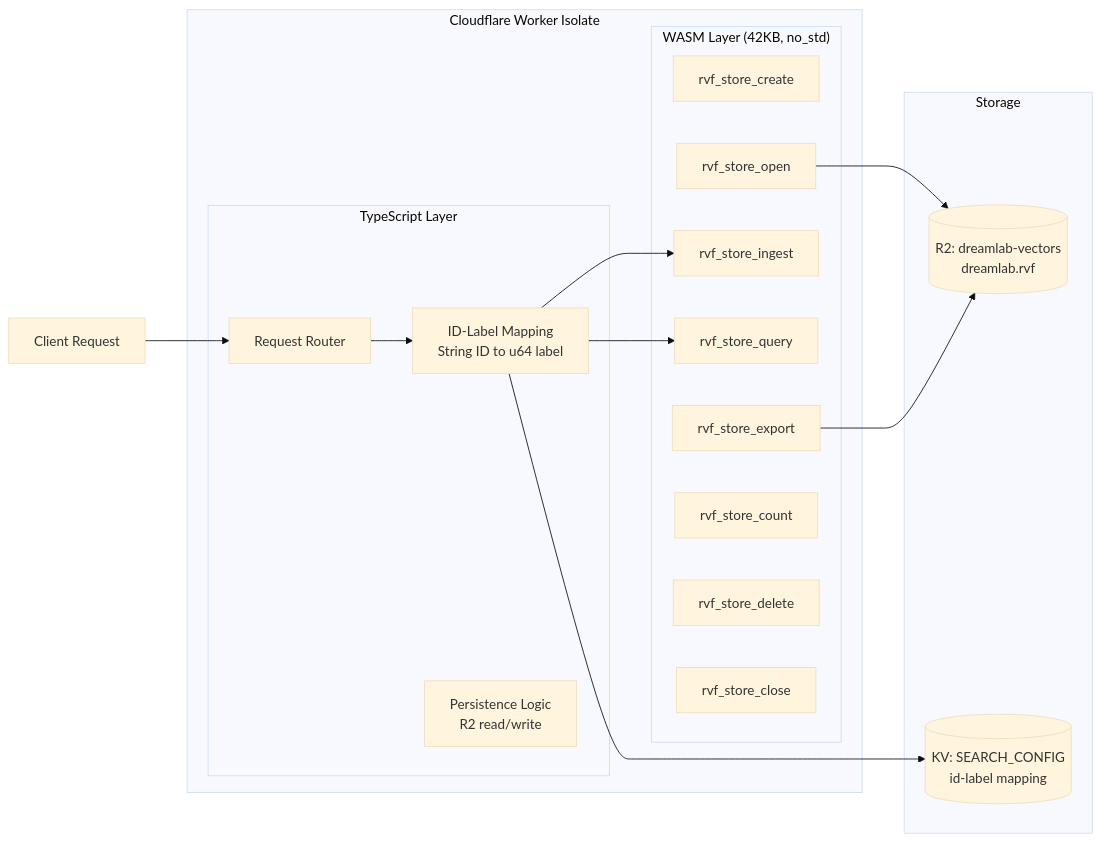
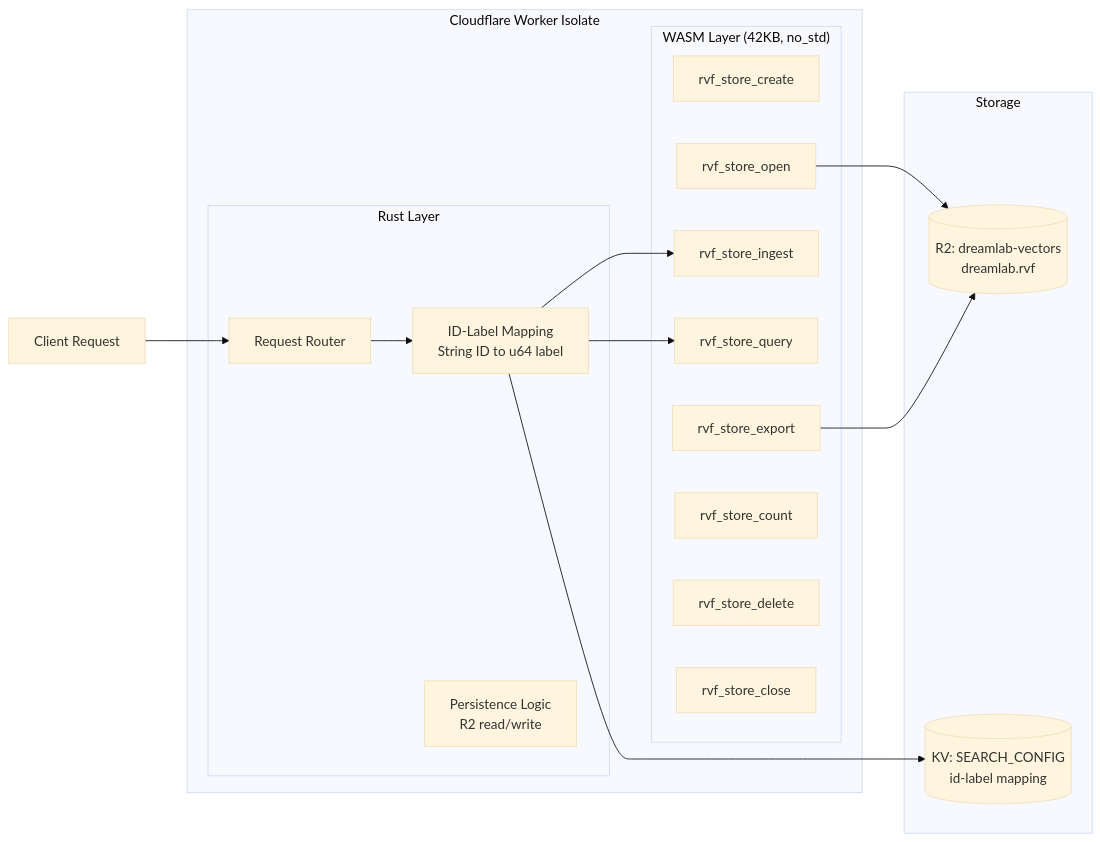
One commit to DreamLab-AI/dreamlab-ai-website changed the first of 2 diagrams in docs/api/SEARCH_API.md. Above: the diagram before and after it, drawn with Mermaid (base theme). The commit also changed other lines of this file and 32 other files, not shown here.

````diff
--- a/docs/api/SEARCH_API.md
+++ b/docs/api/SEARCH_API.md
@@ -32,34 +32,34 @@
 ```mermaid
 graph LR
     subgraph "Cloudflare Worker Isolate"
-        subgraph "TypeScript Layer"
+        subgraph "Rust Layer"
             ROUTER[Request Router]
             MAPPING[ID-Label Mapping<br/>String ID to u64 label]
             PERSIST[Persistence Logic<br/>R2 read/write]
         end
 
         subgraph "WASM Layer (42KB, no_std)"
             RVF_CREATE[rvf_store_create]
             RVF_OPEN[rvf_store_open]
             RVF_INGEST[rvf_store_ingest]
             RVF_QUERY[rvf_store_query]
             RVF_EXPORT[rvf_store_export]
             RVF_COUNT[rvf_store_count]
             RVF_DELETE[rvf_store_delete]
             RVF_CLOSE[rvf_store_close]
         end
     end
 
     subgraph "Storage"
         R2[(R2: dreamlab-vectors<br/>dreamlab.rvf)]
         KV[(KV: SEARCH_CONFIG<br/>id-label mapping)]
     end
 
     CLIENT[Client Request] --> ROUTER
     ROUTER --> MAPPING
     MAPPING --> RVF_QUERY
     MAPPING --> RVF_INGEST
     RVF_OPEN --> R2
     RVF_EXPORT --> R2
     MAPPING --> KV
 ```
````
